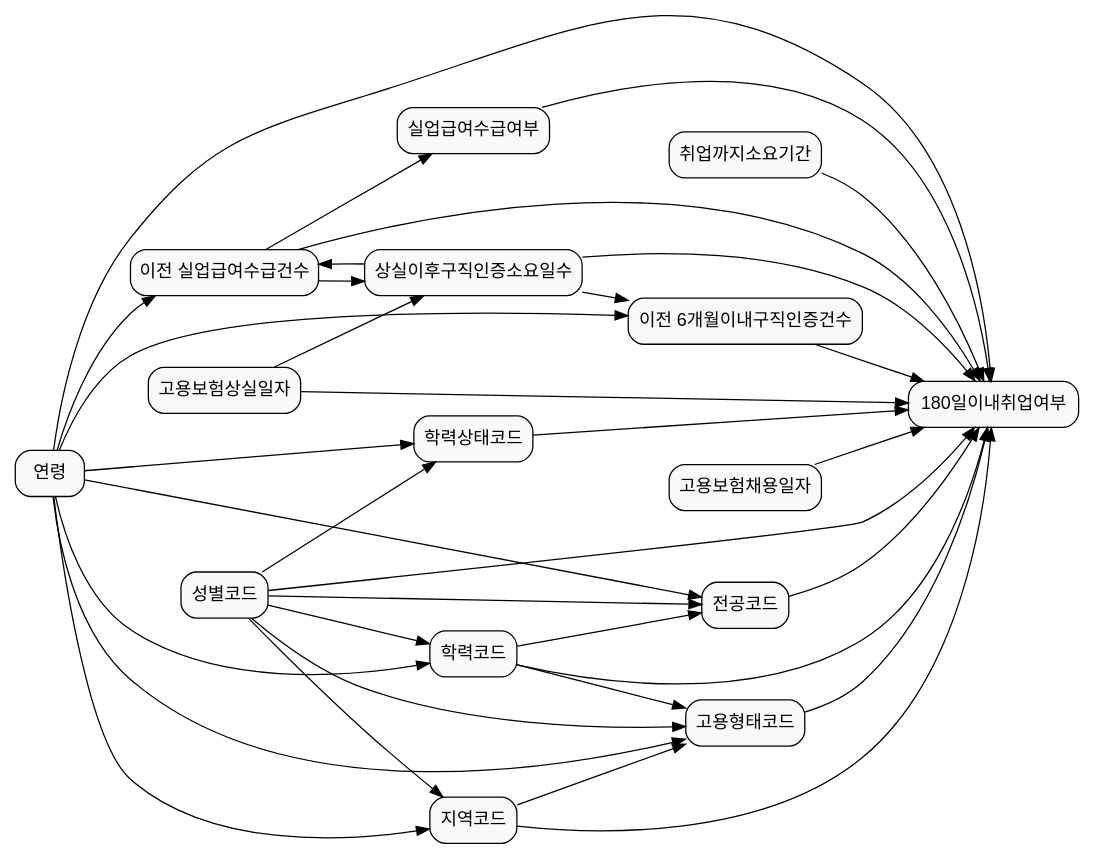
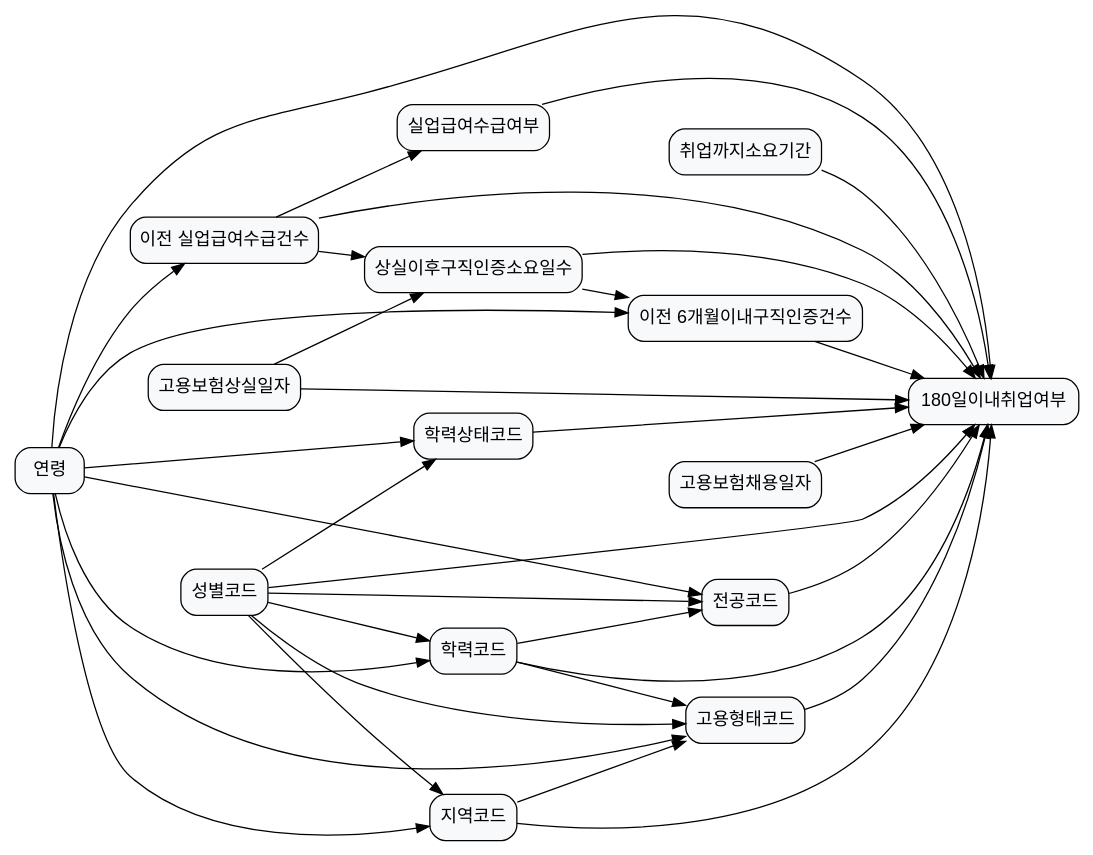
The diagram in laborlab_2/data/graph_data/graph_35.dot (KU-LIM-Lab/dowhy-deep), drawn with Graphviz before and after one commit. The commit also changed 12 other files, not shown here.

Commit message:
graphs updated

```diff
--- a/laborlab_2/data/graph_data/graph_35.dot
+++ b/laborlab_2/data/graph_data/graph_35.dot
@@ -1,53 +1,52 @@
 digraph G {
 rankdir=LR;
 node [fillcolor="#F8F9FB", fontname=Helvetica, shape=box];
 ACCR_CD [label="학력코드", style="rounded,filled"];
 ACCR_STCD [label="학력상태코드", style="rounded,filled"];
 ACQ_180_YN [label="180일이내취업여부", style="rounded,filled"];
 ACQ_DT [label="취업까지소요기간", style="rounded,filled"];
 AGE [label="연령", style="rounded,filled"];
 AREA_CD [label="지역코드", style="rounded,filled"];
 BFR_UEPS_RECP_CT [label="이전 실업급여수급건수", style="rounded,filled"];
 BFR_WTM6_JHCR_CT [label="이전 6개월이내구직인증건수", style="rounded,filled"];
 EMPL_STLE_CD [label="고용형태코드", style="rounded,filled"];
 EMPN_DE [label="고용보험채용일자", style="rounded,filled"];
 FRFT_AFTR_JHNT_REQR_DYCT [label="상실이후구직인증소요일수", style="rounded,filled"];
 LAST_FRFT_DE [label="고용보험상실일자", style="rounded,filled"];
 MAJR_CD1 [label="전공코드", style="rounded,filled"];
 SXDS_CD [label="성별코드", style="rounded,filled"];
 UEPS_RECP_YN [label="실업급여수급여부", style="rounded,filled"];
 ACCR_CD -> ACQ_180_YN;
 ACCR_CD -> EMPL_STLE_CD;
 ACCR_CD -> MAJR_CD1;
 ACCR_STCD -> ACQ_180_YN;
 ACQ_DT -> ACQ_180_YN;
 AGE -> ACCR_CD;
 AGE -> ACCR_STCD;
 AGE -> ACQ_180_YN;
 AGE -> AREA_CD;
 AGE -> BFR_UEPS_RECP_CT;
 AGE -> BFR_WTM6_JHCR_CT;
 AGE -> EMPL_STLE_CD;
 AGE -> MAJR_CD1;
 AREA_CD -> ACQ_180_YN;
 AREA_CD -> EMPL_STLE_CD;
 BFR_UEPS_RECP_CT -> ACQ_180_YN;
 BFR_UEPS_RECP_CT -> FRFT_AFTR_JHNT_REQR_DYCT;
 BFR_UEPS_RECP_CT -> UEPS_RECP_YN;
 BFR_WTM6_JHCR_CT -> ACQ_180_YN;
 EMPL_STLE_CD -> ACQ_180_YN;
 EMPN_DE -> ACQ_180_YN;
 FRFT_AFTR_JHNT_REQR_DYCT -> ACQ_180_YN;
-FRFT_AFTR_JHNT_REQR_DYCT -> BFR_UEPS_RECP_CT;
 FRFT_AFTR_JHNT_REQR_DYCT -> BFR_WTM6_JHCR_CT;
 LAST_FRFT_DE -> ACQ_180_YN;
 LAST_FRFT_DE -> FRFT_AFTR_JHNT_REQR_DYCT;
 MAJR_CD1 -> ACQ_180_YN;
 SXDS_CD -> ACCR_CD;
 SXDS_CD -> ACCR_STCD;
 SXDS_CD -> ACQ_180_YN;
 SXDS_CD -> AREA_CD;
 SXDS_CD -> EMPL_STLE_CD;
 SXDS_CD -> MAJR_CD1;
 UEPS_RECP_YN -> ACQ_180_YN;
 }
```
